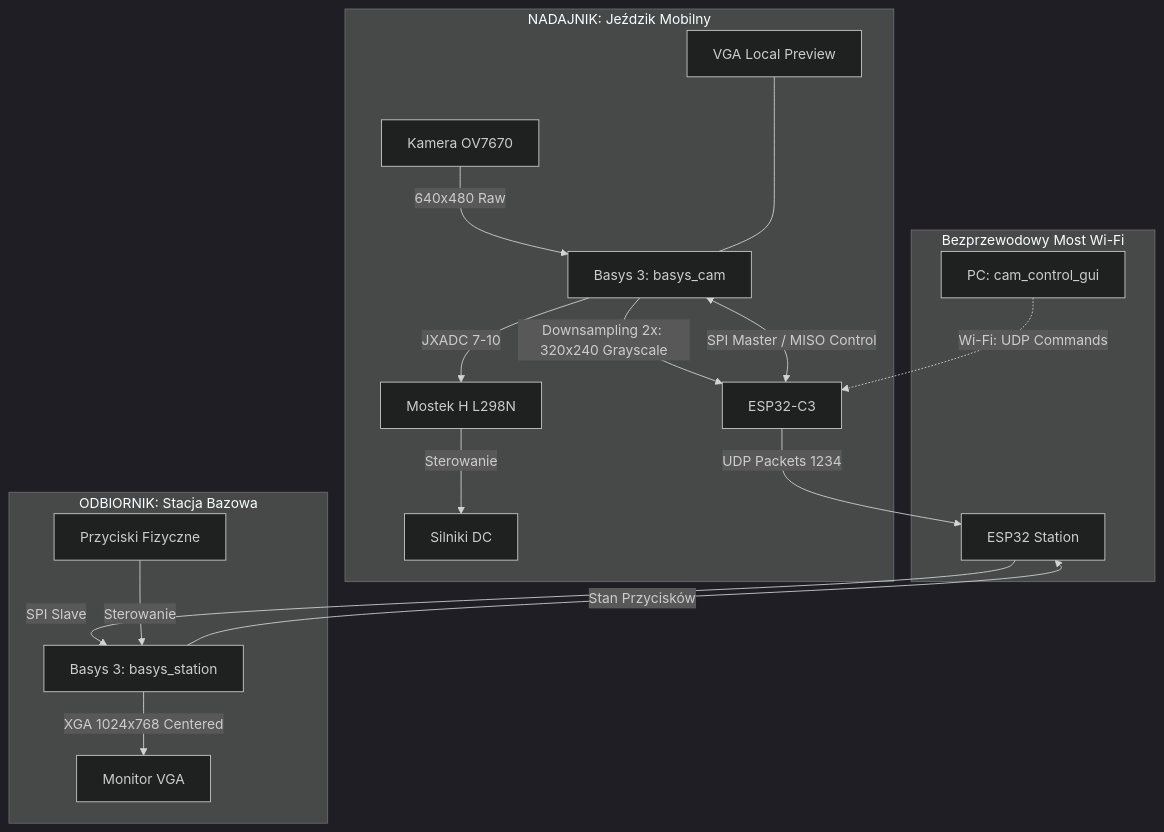
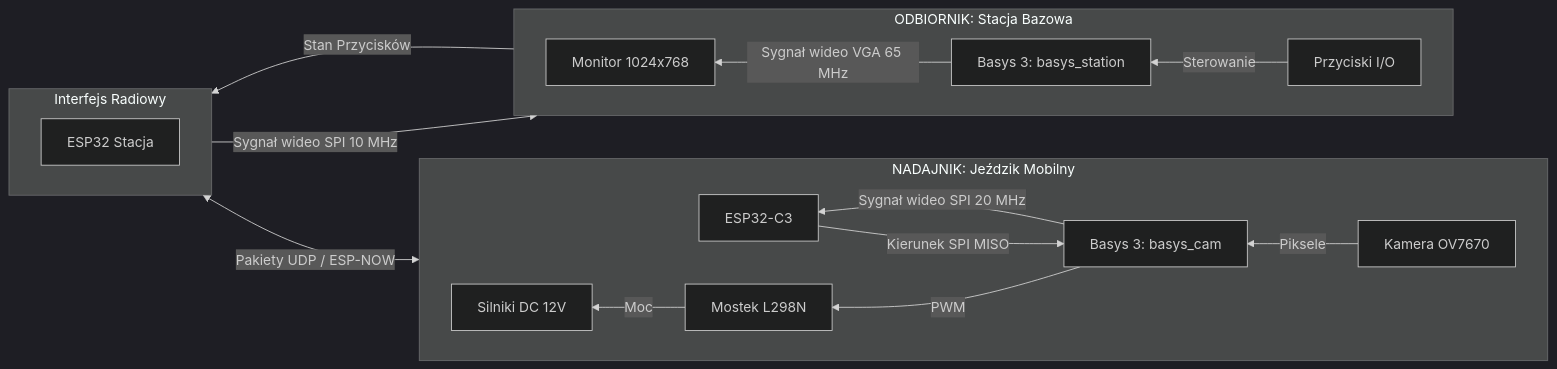
Before and after one commit to SzymonWarmiak/uec_projekt_wireless_camera_transfer: the diagram in README.md, drawn with Mermaid (dark theme). The commit also changed other lines of this file and 1 other file, not shown here.

````diff
--- a/README.md
+++ b/README.md
@@ -33,23 +30,24 @@
 ```mermaid
-flowchart TB
+flowchart RL
   subgraph Robot [NADAJNIK: Jeździk Mobilny]
-    OV7670[Kamera OV7670] -->|640x480 Raw| FPGA_C[Basys 3: basys_cam]
-    FPGA_C -->|Downsampling 2x: 320x240 Grayscale| ESP_C[ESP32-C3]
-    ESP_C <-->|SPI Master / MISO Control| FPGA_C
-    FPGA_C -->|JXADC 7-10| L298N[Mostek H L298N]
-    L298N -->|Sterowanie| Motors[Silniki DC]
-    VGA_P[VGA Local Preview] <--- FPGA_C
+    direction RL
+    OV7670[Kamera OV7670] -->|Piksele| FPGA_C[Basys 3: basys_cam]
+    FPGA_C -->|Sygnał wideo SPI 20 MHz| ESP_C[ESP32-C3]
+    ESP_C -->|Kierunek SPI MISO| FPGA_C
+    FPGA_C -->|PWM| L298N[Mostek L298N]
+    L298N -->|Moc| Motors[Silniki DC 12V]
   end
 
-  subgraph WiFi [Bezprzewodowy Most Wi-Fi]
-    ESP_C -->|UDP Packets 1234| ESP_S[ESP32 Station]
-    PC[PC: cam_control_gui] -.->|Wi-Fi: UDP Commands| ESP_C
+  subgraph Radio [Interfejs Radiowy]
+    direction RL
+    ESP_C <-->|Pakiety UDP / ESP-NOW| ESP_S[ESP32 Stacja]
   end
 
   subgraph Station [ODBIORNIK: Stacja Bazowa]
-    ESP_S -->|SPI Slave| FPGA_S[Basys 3: basys_station]
-    FPGA_S -->|XGA 1024x768 Centered| VGA[Monitor VGA]
-    Btns[Przyciski Fizyczne] -->|Sterowanie| FPGA_S
+    direction RL
+    ESP_S -->|Sygnał wideo SPI 10 MHz| FPGA_S[Basys 3: basys_station]
+    FPGA_S -->|Sygnał wideo VGA 65 MHz| VGA[Monitor 1024x768]
+    Btns[Przyciski I/O] -->|Sterowanie| FPGA_S
     FPGA_S -->|Stan Przycisków| ESP_S
   end
 ```
````
